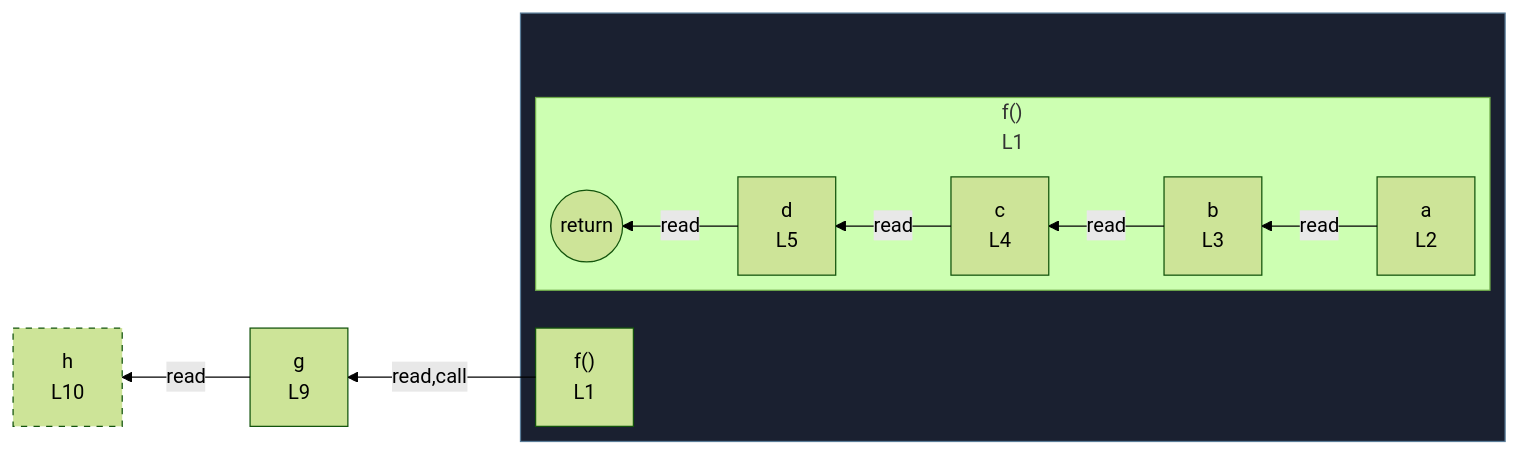
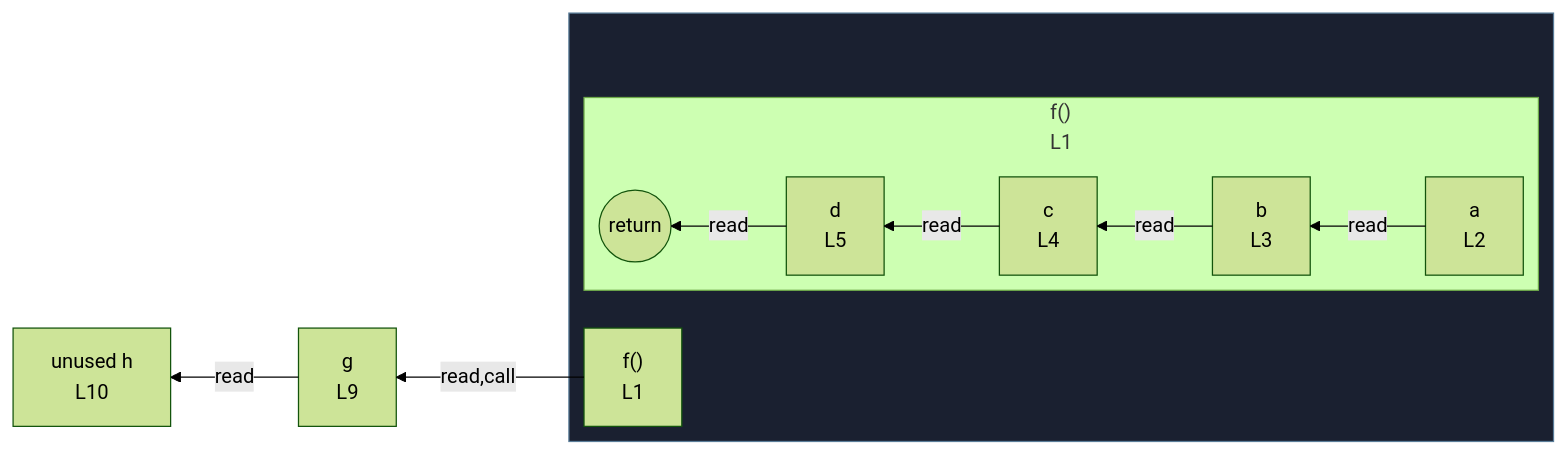
The diagram in integration/fixtures/function-result-chain/preview.md (crescware/unsnarl), drawn with Mermaid (forest theme) before and after one commit. The commit also changed 75 other files, not shown here.

````diff
--- a/integration/fixtures/function-result-chain/preview.md
+++ b/integration/fixtures/function-result-chain/preview.md
@@ -20,28 +20,26 @@
 ```mermaid
 %%{init: {"flowchart": {"defaultRenderer": "elk"}}}%%
 flowchart RL
   n_scope_0_g_111["g<br/>L9"]
-  n_scope_0_h_126["h<br/>L10"]
+  n_scope_0_h_126["unused h<br/>L10"]
   subgraph wrap_s_scope_1[" "]
     direction TB
     n_scope_0_f_9["f()<br/>L1"]
     subgraph s_scope_1["f()<br/>L1"]
       direction RL
       return_scope_0_f_9((return))
       n_scope_1_a_23["a<br/>L2"]
       n_scope_1_b_40["b<br/>L3"]
       n_scope_1_c_57["c<br/>L4"]
       n_scope_1_d_83["d<br/>L5"]
     end
   end
   n_scope_1_a_23 -->|read| n_scope_1_b_40
   n_scope_1_b_40 -->|read| n_scope_1_c_57
   n_scope_1_c_57 -->|read| n_scope_1_d_83
   n_scope_1_d_83 -->|read| return_scope_0_f_9
   n_scope_0_f_9 -->|read,call| n_scope_0_g_111
   n_scope_0_g_111 -->|read| n_scope_0_h_126
   classDef fnWrap fill:#1a2030,stroke:#5a7d99;
   class wrap_s_scope_1 fnWrap;
-  classDef unused stroke-dasharray: 5 5;
-  class n_scope_0_h_126 unused;
 ```
````
